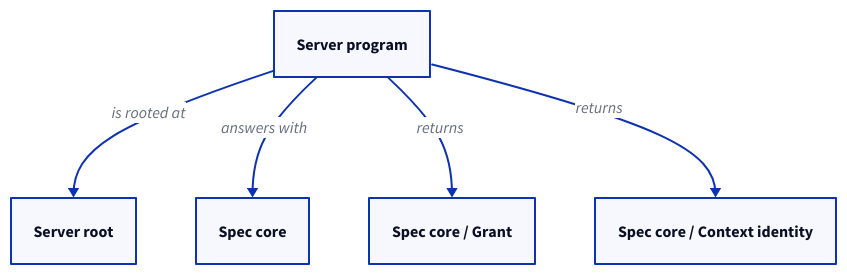
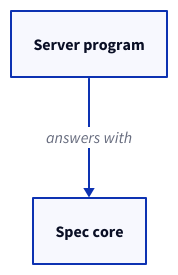
The second of 2 diagrams in specs/concorde/spec-tooling/spec-mcp/module.md (FTOD/concorde), drawn with D2 before and after one commit. The commit also changed other lines of this file and 21 other files, not shown here.

First line of the commit message:
Rewrite every Module entry with diagrams and an implementation overview

````diff
--- a/specs/concorde/spec-tooling/spec-mcp/module.md
+++ b/specs/concorde/spec-tooling/spec-mcp/module.md
@@ -118,11 +107,5 @@
 ```d2
-program: Server program
-root: Server root
+server: Server program
 core: Spec core
-grant: Spec core / Grant
-identity: Spec core / Context identity
-program -> root: is rooted at
-program -> core: answers with
-program -> grant: returns
-program -> identity: returns
+server -> core: answers with
 ```
````
